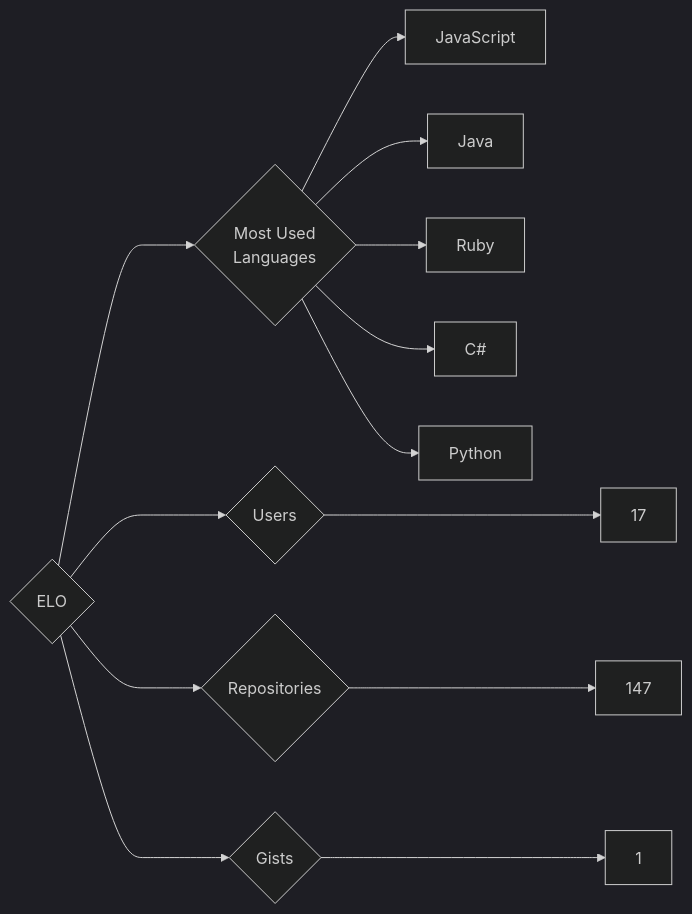
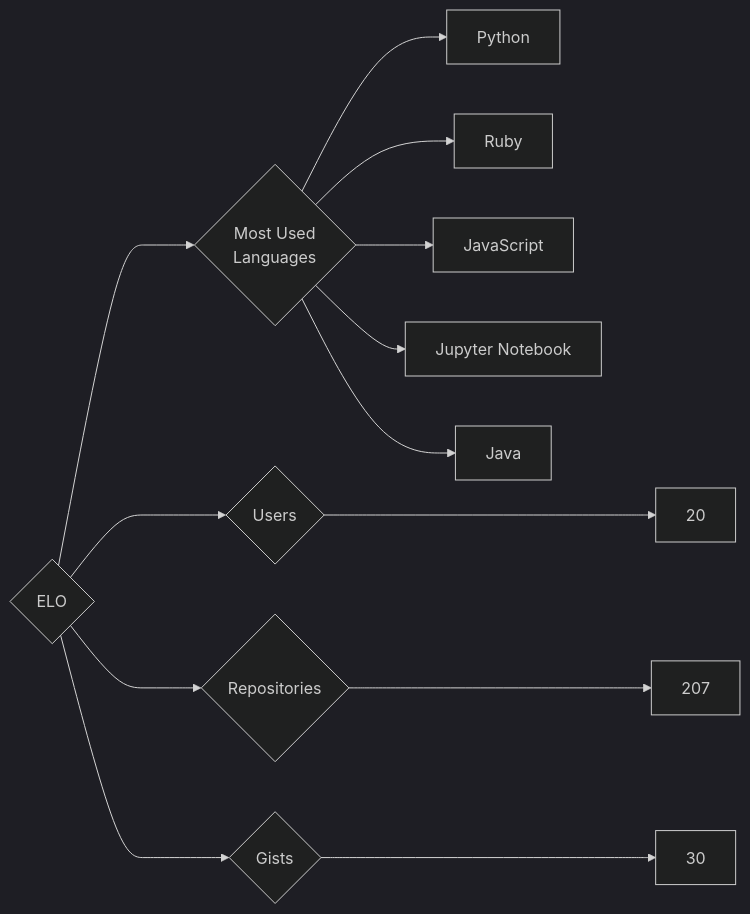
One commit to trickest/insiders changed the diagram in targets/ELO/README.md. Above: the diagram before and after it, drawn with Mermaid (dark theme). The commit also changed 614 other files, not shown here.

````diff
--- a/targets/ELO/README.md
+++ b/targets/ELO/README.md
@@ -3,13 +3,13 @@
 ```mermaid
 graph LR
 COMPANY_NAME{ELO}
-COMPANY_NAME ---> U{Users} ---> UN[17]
-COMPANY_NAME ---> R{Repositories} ---> RN[147]
-COMPANY_NAME ---> G{Gists} ---> GN[1]
+COMPANY_NAME ---> U{Users} ---> UN[20]
+COMPANY_NAME ---> R{Repositories} ---> RN[207]
+COMPANY_NAME ---> G{Gists} ---> GN[30]
 COMPANY_NAME ---> ML{Most Used<br>Languages}
+ML --> Python[Python]
+ML --> Ruby[Ruby]
 ML --> JavaScript[JavaScript]
+ML --> Jupyter_Notebook[Jupyter Notebook]
 ML --> Java[Java]
-ML --> Ruby[Ruby]
-ML --> C#[C#]
-ML --> Python[Python]
 ```
````
